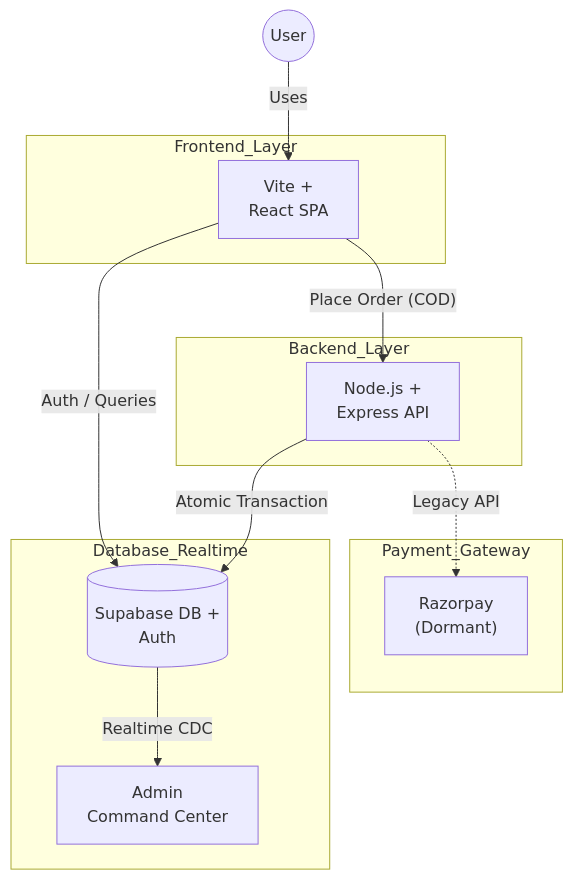
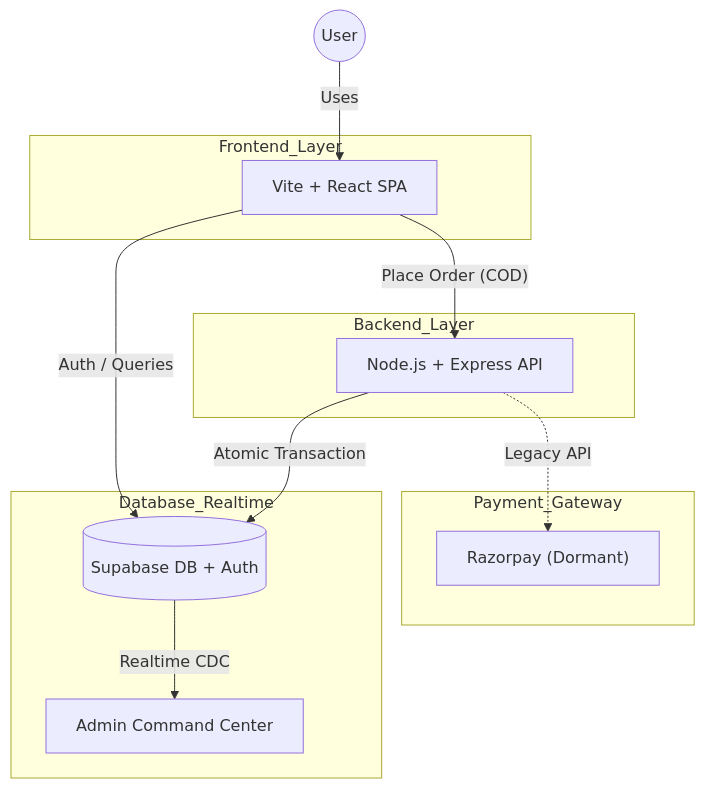
One commit to kiran-8287/nescafe-iitpkd changed the first of 6 diagrams in README.md. Above: the diagram before and after it, drawn with Mermaid. The commit also changed other lines of this file, not shown here.

Commit message:
docs: update README with refined architecture, workflow documentation, and formatted technical diagrams

````diff
--- a/README.md
+++ b/README.md
@@ -13,28 +26,28 @@
 ```mermaid
 flowchart TD
     User((User))
-    
+
     subgraph Frontend_Layer
-        Frontend["Vite +<br/>React SPA"]
+        Frontend["Vite + React SPA"]
     end
 
     subgraph Backend_Layer
-        Backend["Node.js +<br/>Express API"]
+        Backend["Node.js + Express API"]
     end
 
     subgraph Database_Realtime
-        Supabase[("Supabase DB +<br/>Auth")]
-        AdminDashboard["Admin<br/>Command Center"]
+        Supabase[("Supabase DB + Auth")]
+        AdminDashboard["Admin Command Center"]
     end
 
     subgraph Payment_Gateway
-        Razorpay["Razorpay<br/>(Dormant)"]
+        Razorpay["Razorpay (Dormant)"]
     end
 
     User -->|Uses| Frontend
     Frontend -->|"Auth / Queries"| Supabase
     Frontend -->|"Place Order (COD)"| Backend
     Backend -->|"Atomic Transaction"| Supabase
     Supabase -->|"Realtime CDC"| AdminDashboard
     Backend -.->|"Legacy API"| Razorpay
 ```
````
